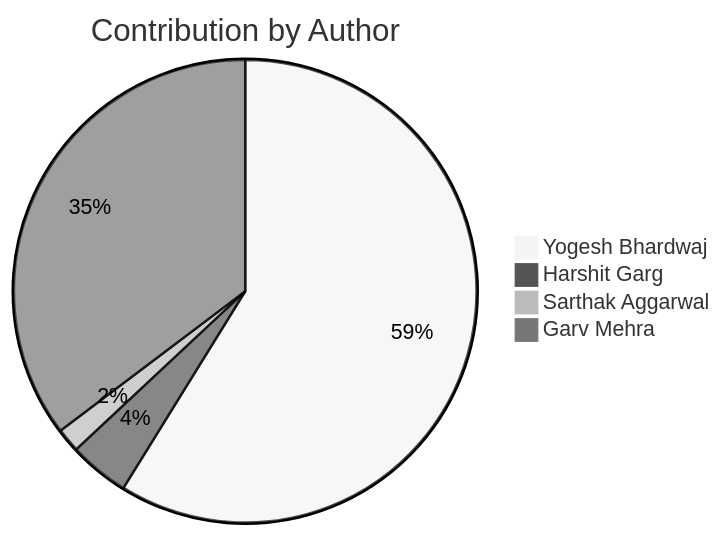
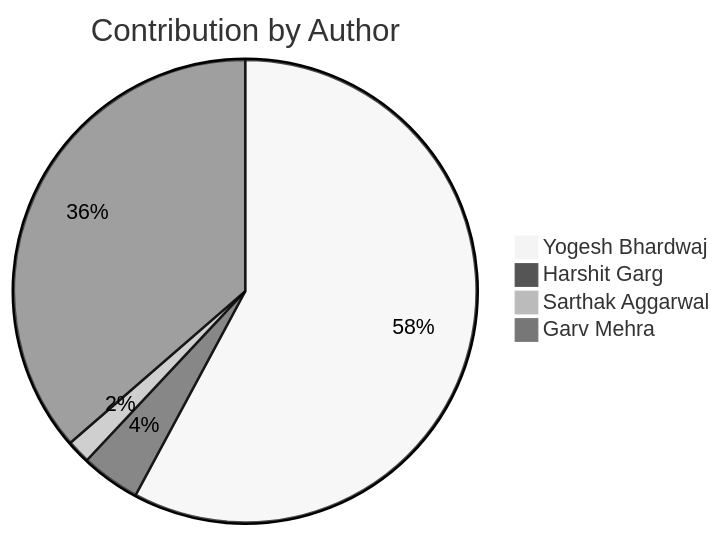
One commit to Yogesh-Bhardwaj-hue/Scm-Final_2.0 changed the second of 2 diagrams in README.md. Above: the diagram before and after it, drawn with Mermaid (neutral theme). The commit also changed other lines of this file, not shown here.

Commit message:
Update contribution charts

````diff
--- a/README.md
+++ b/README.md
@@ -183,7 +183,7 @@
 ```mermaid
 pie title Contribution by Author
     "Yogesh Bhardwaj": 70
     "Harshit Garg": 5
     "Sarthak Aggarwal": 2
-    "Garv Mehra": 42
+    "Garv Mehra": 44
 ```
````
